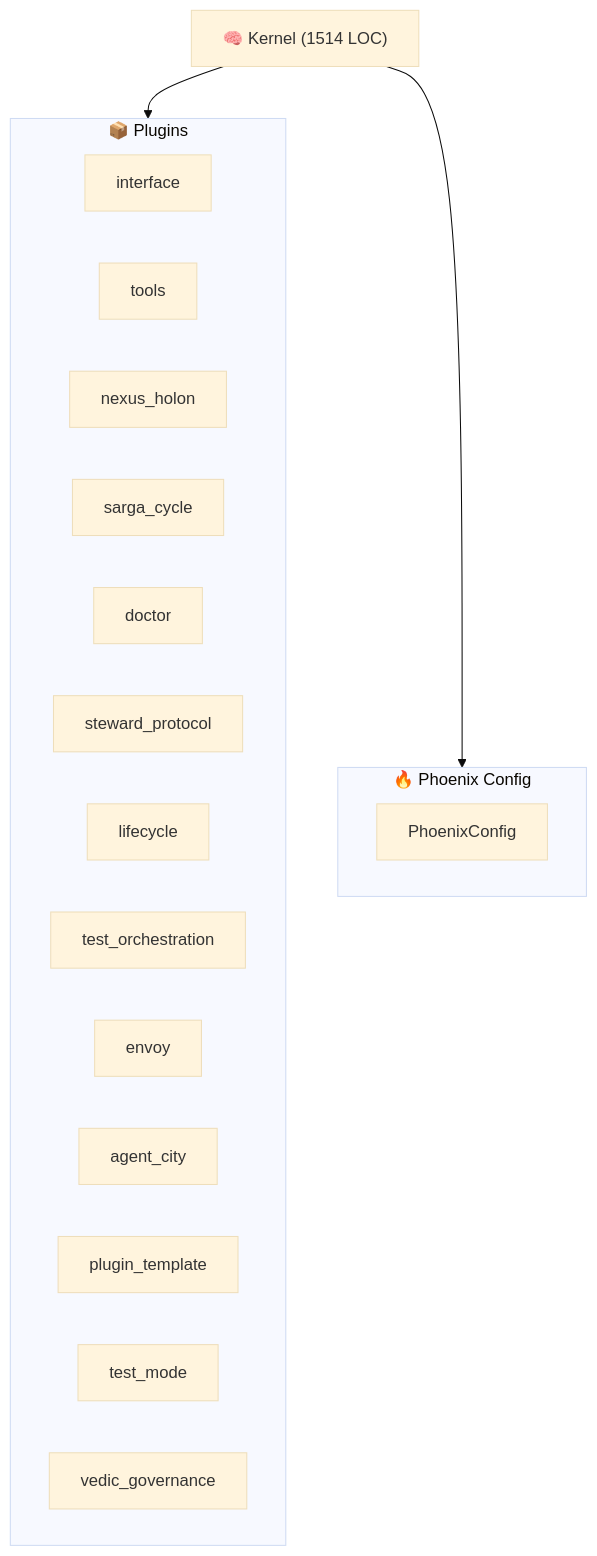
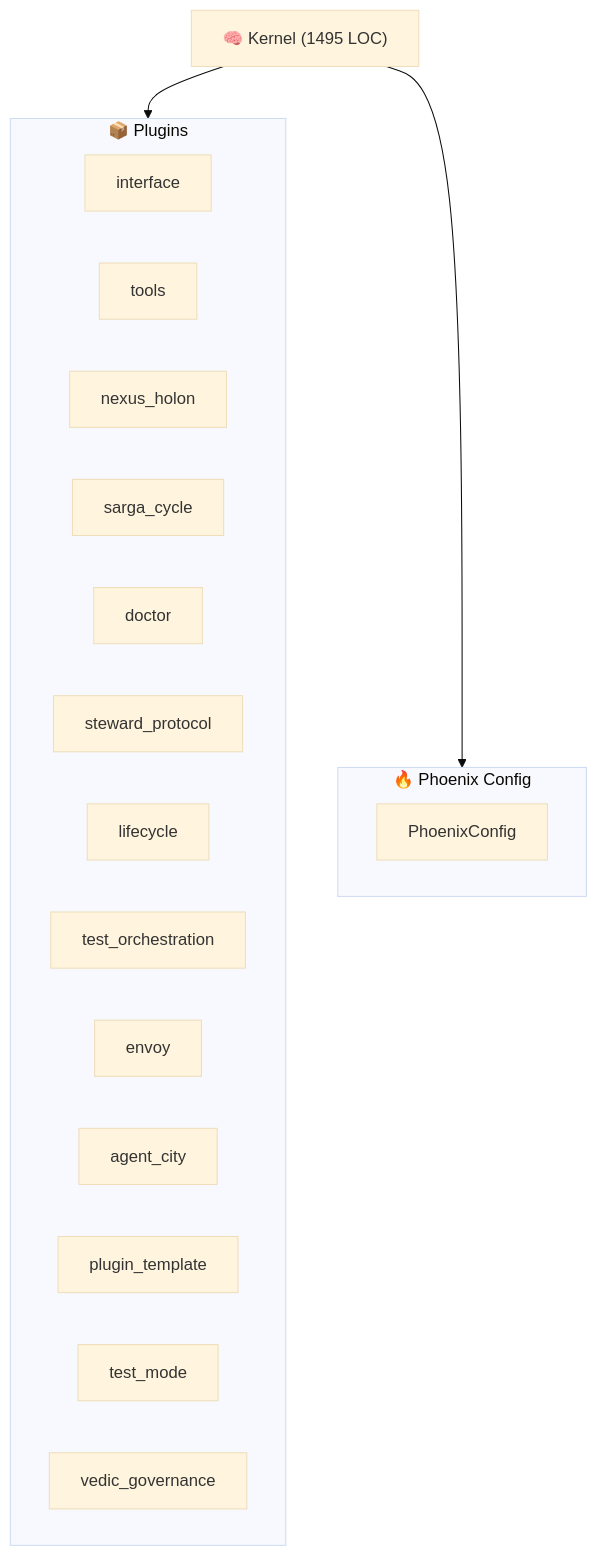
Before and after one commit to kimeisele/steward-protocol: the diagram in ARCHITECTURE.md, drawn with Mermaid (base theme). The commit also changed other lines of this file and 10 other files, not shown here.

````diff
--- a/ARCHITECTURE.md
+++ b/ARCHITECTURE.md
@@ -8,24 +8,24 @@
 ```mermaid
 graph TB
-    K["🧠 Kernel (1514 LOC)"]
+    K["🧠 Kernel (1495 LOC)"]
     subgraph Plugins["📦 Plugins"]
         P_interface["interface"]
         P_tools["tools"]
         P_nexus_holon["nexus_holon"]
         P_sarga_cycle["sarga_cycle"]
         P_doctor["doctor"]
         P_steward_protocol["steward_protocol"]
         P_lifecycle["lifecycle"]
         P_test_orchestration["test_orchestration"]
         P_envoy["envoy"]
         P_agent_city["agent_city"]
         P_plugin_template["plugin_template"]
         P_test_mode["test_mode"]
         P_vedic_governance["vedic_governance"]
     end
     K --> Plugins
     subgraph Config["🔥 Phoenix Config"]
         PC[PhoenixConfig]
     end
     K --> Config
 ```
````
